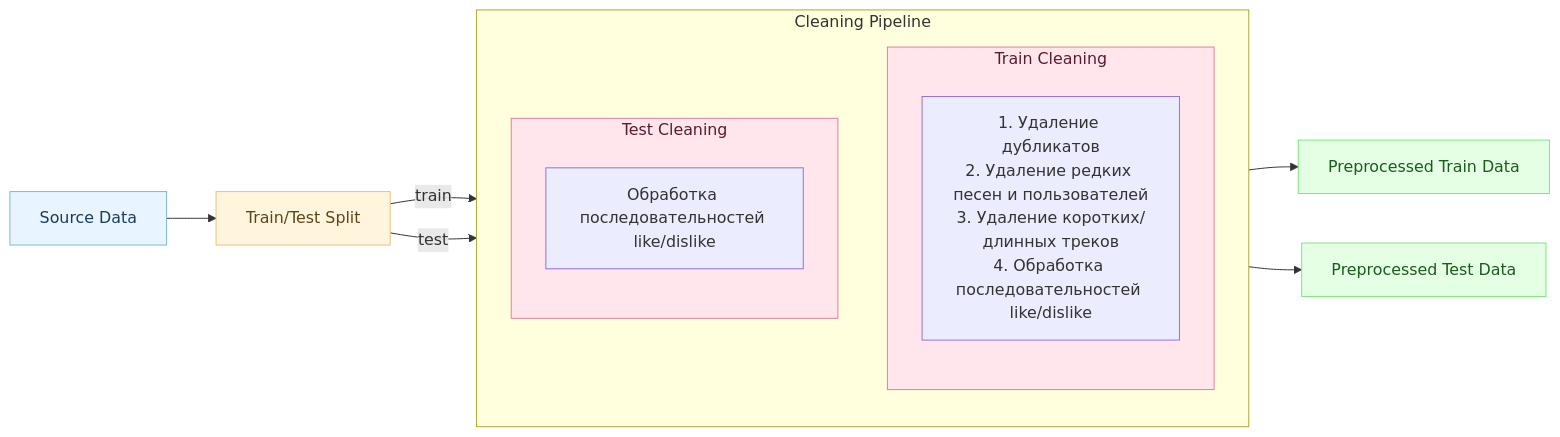
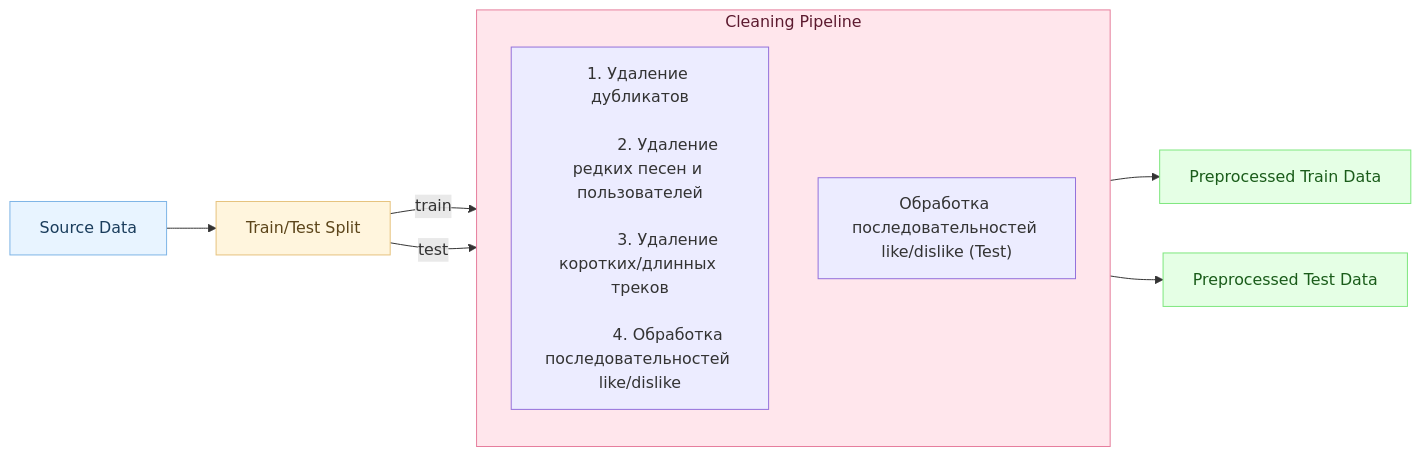
Before and after one commit to Nastasy822/music-recommendation-experiments: the first of 2 diagrams in README.md, drawn with Mermaid.

Commit message:
docs: add diagram of preprocessing

````diff
--- a/README.md
+++ b/README.md
@@ -138,50 +138,45 @@
 ```mermaid
 flowchart LR
 
     %% === Исходные данные ===
     SRC["Source Data"]
 
     %% === Train/Test Split ===
     SPLIT["Train/Test Split"]
 
-    %% === Cleaning блок ===
+    %% === Cleaning блок (один розовый блок) ===
     subgraph CLEANING["Cleaning Pipeline"]
         direction TB
 
-        %% === Train Cleaning ===
-        subgraph TRAIN_CLN["Train Cleaning"]
-            direction TB
-            N1["1. Удаление дубликатов<br/>2. Удаление редких песен и пользователей<br/>3. Удаление коротких/длинных треков<br/>4. Обработка последовательностей like/dislike"]
+        N1["1. Удаление дубликатов<br/>
+            2. Удаление редких песен и пользователей<br/>
+            3. Удаление коротких/длинных треков<br/>
+            4. Обработка последовательностей like/dislike"]
 
-        end
+        T1["Обработка последовательностей like/dislike (Test)"]
 
-        %% === Test Cleaning ===
-        subgraph TEST_CLN["Test Cleaning"]
-            direction TB
-            T1["Обработка последовательностей like/dislike"]
-        end
     end
 
     PRE_TRAIN["Preprocessed Train Data"]
     PRE_TEST["Preprocessed Test Data"]
 
     %% === Потоки ===
     SRC --> SPLIT
     SPLIT -->|train| N1
     SPLIT -->|test| T1
 
     N1 --> PRE_TRAIN
     T1 --> PRE_TEST
 
     %% === Стили ===
     classDef source fill:#e8f4ff,stroke:#7db4e6,color:#1a3d5c;
     classDef split fill:#fff5dd,stroke:#e6c27d,color:#5c451a;
     classDef clean fill:#ffe6ec,stroke:#e67d9c,color:#5c1a2f;
     classDef result fill:#e5ffe5,stroke:#7de67d,color:#1a5c1a;
 
     class SRC source;
     class SPLIT split;
-    class TRAIN_CLN,TEST_CLN clean;
+    class CLEANING clean;
     class PRE_TRAIN,PRE_TEST result;
 
 ```
````
